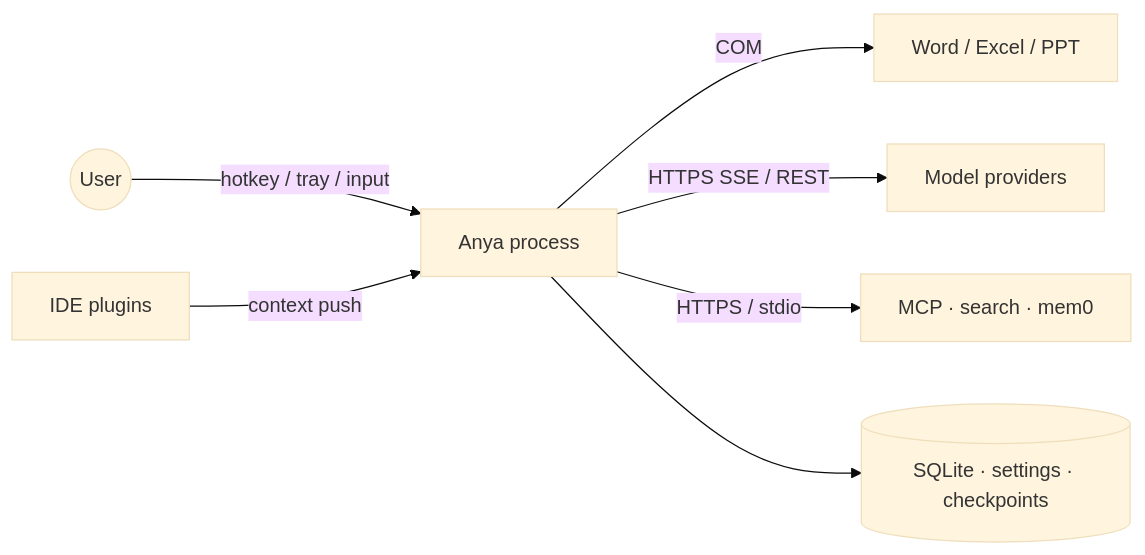
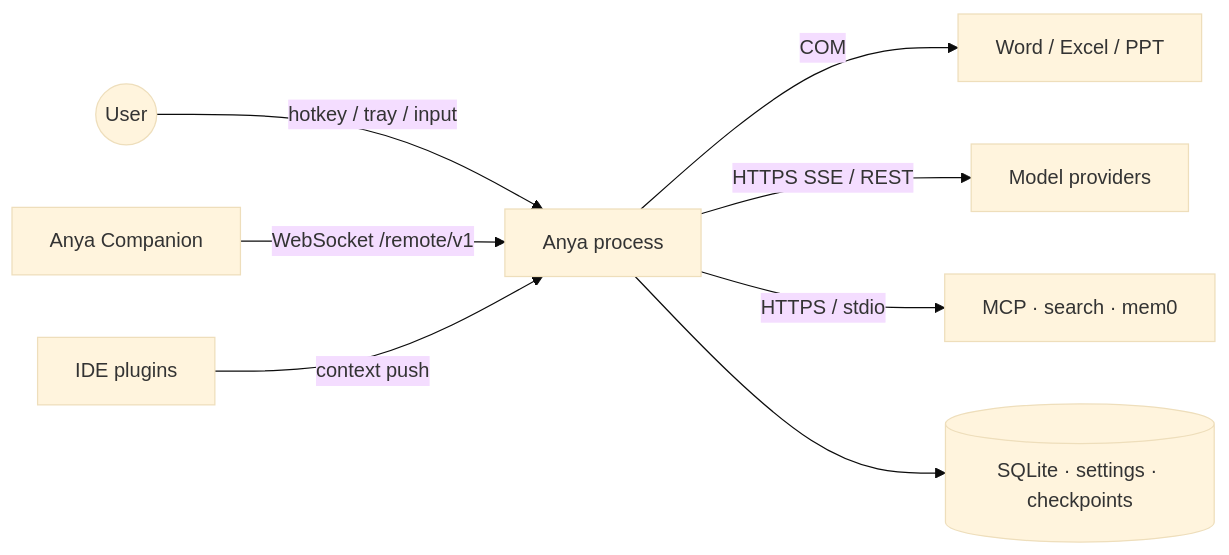
One commit to rururunu/Anya changed the first of 14 diagrams in docs/architecture-overview.md. Above: the diagram before and after it, drawn with Mermaid (base theme). The commit also changed other lines of this file and 71 other files, not shown here.

````diff
--- a/docs/architecture-overview.md
+++ b/docs/architecture-overview.md
@@ -49,9 +50,10 @@
 ```mermaid
 flowchart LR
   User((User)) -->|hotkey / tray / input| Host[Anya process]
+  Phone[Anya Companion] -->|WebSocket /remote/v1| Host
   IDE[IDE plugins] -->|context push| Host
   Host -->|COM| Office[Word / Excel / PPT]
   Host -->|HTTPS SSE / REST| LLM[Model providers]
   Host -->|HTTPS / stdio| Aux[MCP · search · mem0]
   Host --> Disk[(SQLite · settings · checkpoints)]
 ```
````
